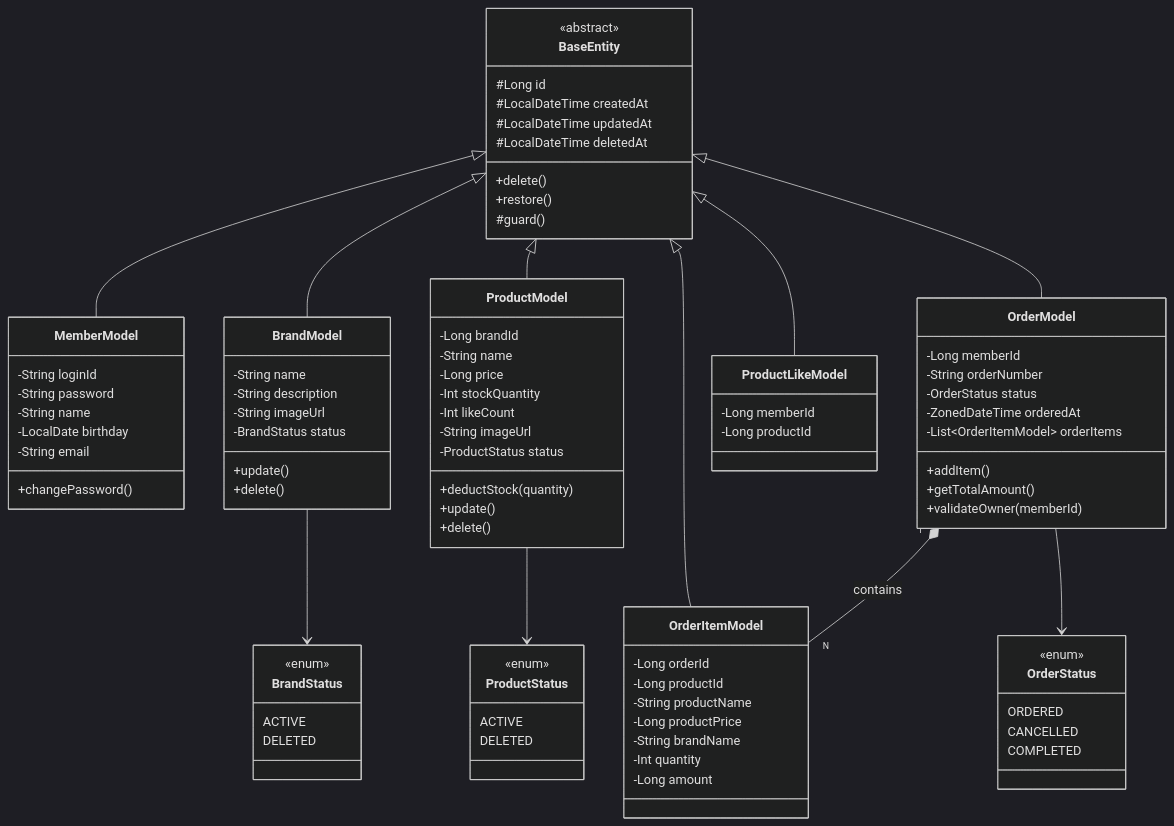
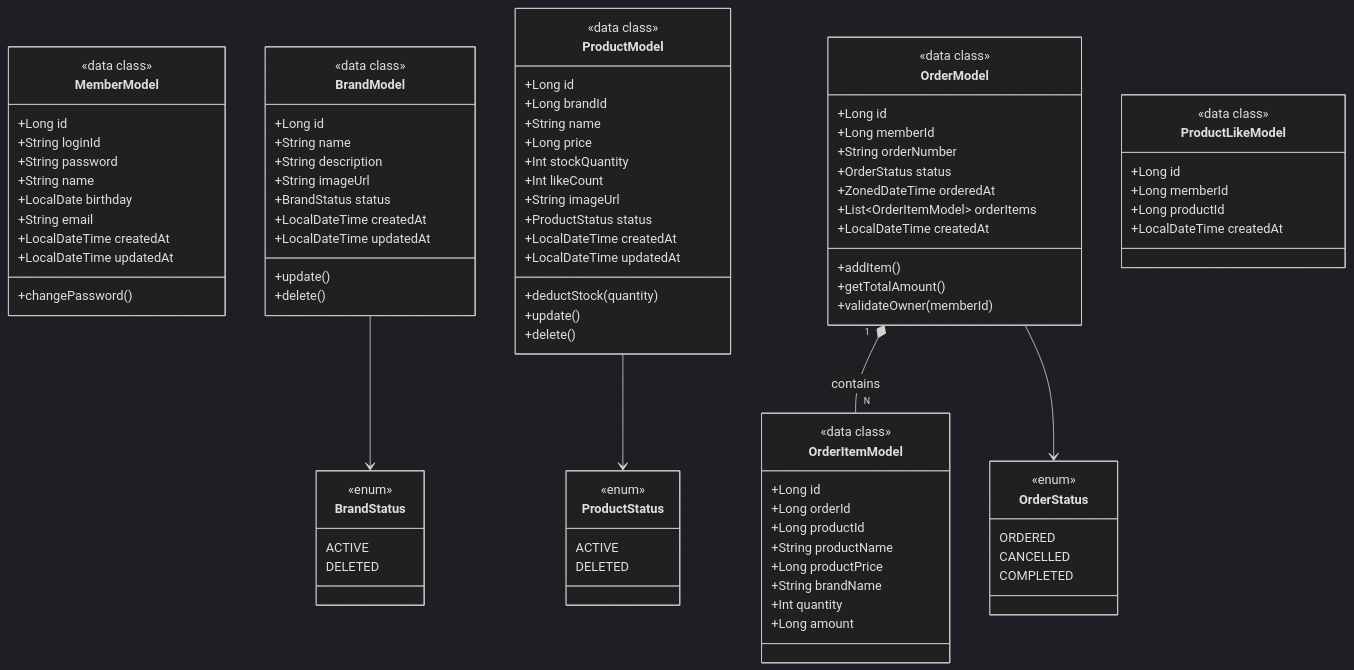
The third of 8 diagrams in docs/design/05-architecture.md (Loopers-dev-lab/loop-pack-be-l2-vol3-kotlin), drawn with Mermaid (dark theme) before and after one commit. The commit also changed other lines of this file, not shown here.

Commit message:
docs: 05-architecture.md DIP 구조 반영 — Domain Model을 순수 data class로 변경
- 클래스 다이어그램: BaseEntity 상속 제거, data class 표기
- JpaModel(@Entity, BaseEntity 상속)은 Infrastructure 레이어에 위치함을 명시

````diff
--- a/docs/design/05-architecture.md
+++ b/docs/design/05-architecture.md
@@ -181,79 +181,81 @@
 ```mermaid
 classDiagram
-    class BaseEntity {
-        <<abstract>>
-        #Long id
-        #LocalDateTime createdAt
-        #LocalDateTime updatedAt
-        #LocalDateTime deletedAt
-        +delete()
-        +restore()
-        #guard()
-    }
-
     class MemberModel {
-        -String loginId
-        -String password
-        -String name
-        -LocalDate birthday
-        -String email
+        <<data class>>
+        +Long id
+        +String loginId
+        +String password
+        +String name
+        +LocalDate birthday
+        +String email
+        +LocalDateTime createdAt
+        +LocalDateTime updatedAt
         +changePassword()
     }
 
     class BrandModel {
-        -String name
-        -String description
-        -String imageUrl
-        -BrandStatus status
+        <<data class>>
+        +Long id
+        +String name
+        +String description
+        +String imageUrl
+        +BrandStatus status
+        +LocalDateTime createdAt
+        +LocalDateTime updatedAt
         +update()
         +delete()
     }
 
     class ProductModel {
-        -Long brandId
-        -String name
-        -Long price
-        -Int stockQuantity
-        -Int likeCount
-        -String imageUrl
-        -ProductStatus status
+        <<data class>>
+        +Long id
+        +Long brandId
+        +String name
+        +Long price
+        +Int stockQuantity
+        +Int likeCount
+        +String imageUrl
+        +ProductStatus status
+        +LocalDateTime createdAt
+        +LocalDateTime updatedAt
         +deductStock(quantity)
         +update()
         +delete()
     }
 
     class OrderModel {
-        -Long memberId
-        -String orderNumber
-        -OrderStatus status
-        -ZonedDateTime orderedAt
-        -List~OrderItemModel~ orderItems
+        <<data class>>
+        +Long id
+        +Long memberId
+        +String orderNumber
+        +OrderStatus status
+        +ZonedDateTime orderedAt
+        +List~OrderItemModel~ orderItems
+        +LocalDateTime createdAt
         +addItem()
         +getTotalAmount()
         +validateOwner(memberId)
     }
 
     class OrderItemModel {
-        -Long orderId
-        -Long productId
-        -String productName
-        -Long productPrice
-        -String brandName
-        -Int quantity
-        -Long amount
+        <<data class>>
+        +Long id
+        +Long orderId
+        +Long productId
+        +String productName
+        +Long productPrice
+        +String brandName
+        +Int quantity
+        +Long amount
     }
 
     class ProductLikeModel {
-        -Long memberId
-        -Long productId
+        <<data class>>
+        +Long id
+        +Long memberId
+        +Long productId
+        +LocalDateTime createdAt
     }
-
-    BaseEntity <|-- MemberModel
-    BaseEntity <|-- BrandModel
-    BaseEntity <|-- ProductModel
-    BaseEntity <|-- OrderModel
-    BaseEntity <|-- OrderItemModel
-    BaseEntity <|-- ProductLikeModel
 
     OrderModel "1" *-- "N" OrderItemModel : contains
 
````
